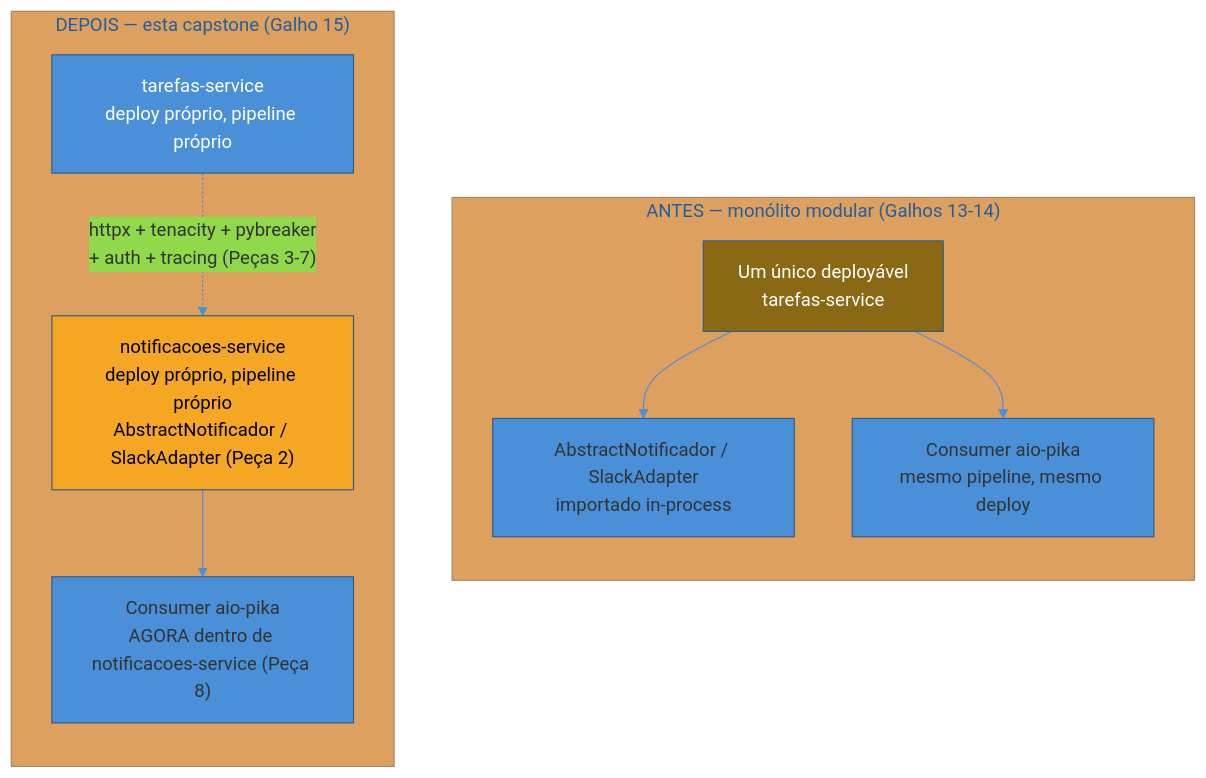
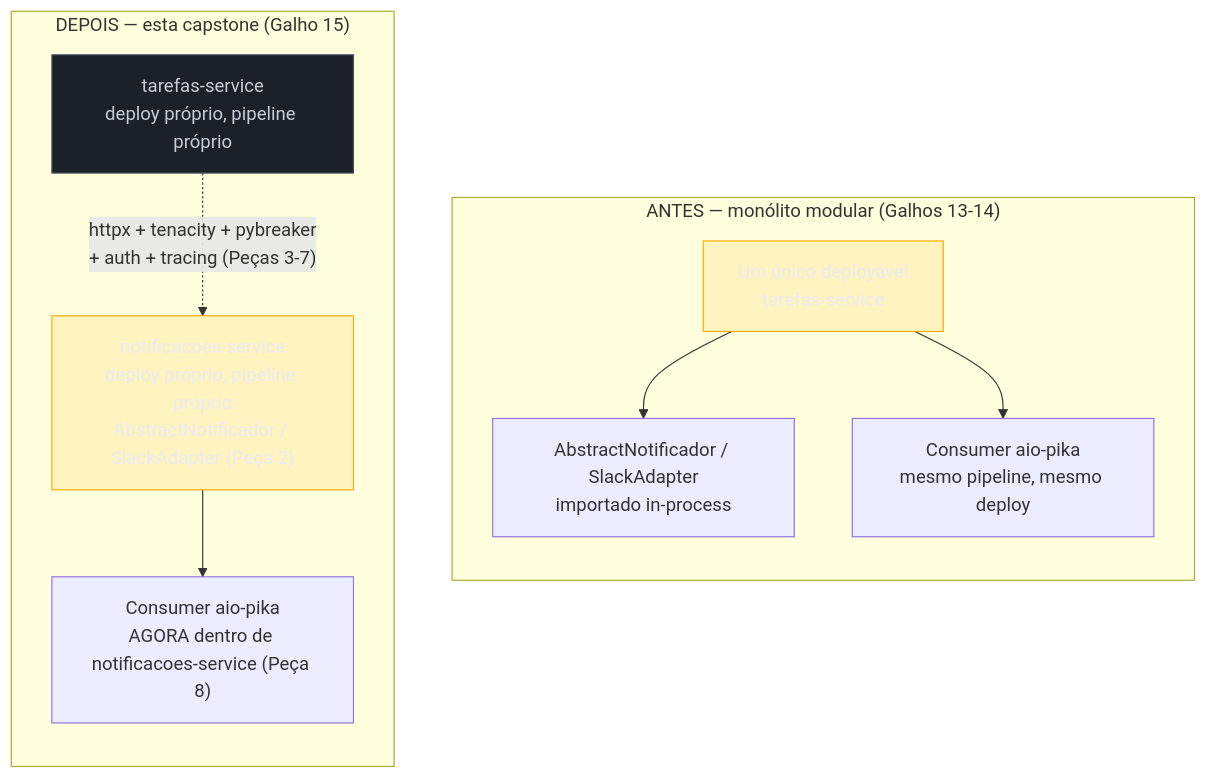
Before and after one commit to josenaldo/codex-technomanticus: the first of 5 diagrams in 03-Dominios/Tecnologia/Python/Microservices e sistemas distribuídos/08 - Capstone — extraindo o serviço de Notificações.md, drawn with Mermaid. The commit also changed other lines of this file and 1181 other files, not shown here.

First line of the commit message:
fix(diagramas): paleta do sistema no lugar de cor cravada no markdown

````diff
--- a/03-Dominios/Tecnologia/Python/Microservices e sistemas distribuídos/08 - Capstone — extraindo o serviço de Notificações.md
+++ b/03-Dominios/Tecnologia/Python/Microservices e sistemas distribuídos/08 - Capstone — extraindo o serviço de Notificações.md
@@ -29,25 +29,26 @@
 ```mermaid
-%%{init: {"theme": "base", "themeVariables": {"primaryColor": "#4A90D9", "primaryBorderColor": "#2E5C8A", "lineColor": "#4A90D9"}}}%%
 flowchart TB
+    classDef destaque fill:#FFAA0024,stroke:#FFAA00,color:#E9ECF2
+    classDef neutro fill:#1B2029,stroke:#4E5666,color:#C6CCD8
     subgraph Antes["ANTES — monólito modular (Galhos 13-14)"]
         direction TB
         A1["Um único deployável\ntarefas-service"]
         A2["AbstractNotificador / SlackAdapter\nimportado in-process"]
         A3["Consumer aio-pika\nmesmo pipeline, mesmo deploy"]
         A1 --> A2
         A1 --> A3
     end
 
     subgraph Depois["DEPOIS — esta capstone (Galho 15)"]
         direction TB
         B1["tarefas-service\ndeploy próprio, pipeline próprio"]
         B2["notificacoes-service\ndeploy próprio, pipeline próprio\nAbstractNotificador / SlackAdapter (Peça 2)"]
         B3["Consumer aio-pika\nAGORA dentro de notificacoes-service (Peça 8)"]
         B1 -.->|"httpx + tenacity + pybreaker\n+ auth + tracing (Peças 3-7)"| B2
         B2 --> B3
     end
 
-    style A1 fill:#8b6914,color:#fff
-    style B1 fill:#4A90D9,color:#fff
-    style B2 fill:#F5A623,color:#000
+    class A1 destaque
+    class B1 neutro
+    class B2 destaque
 ```
````
